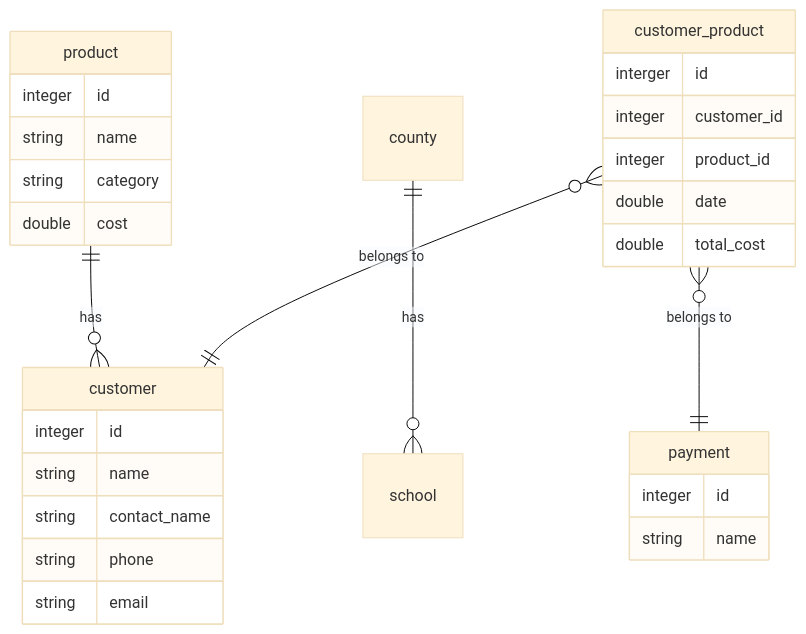
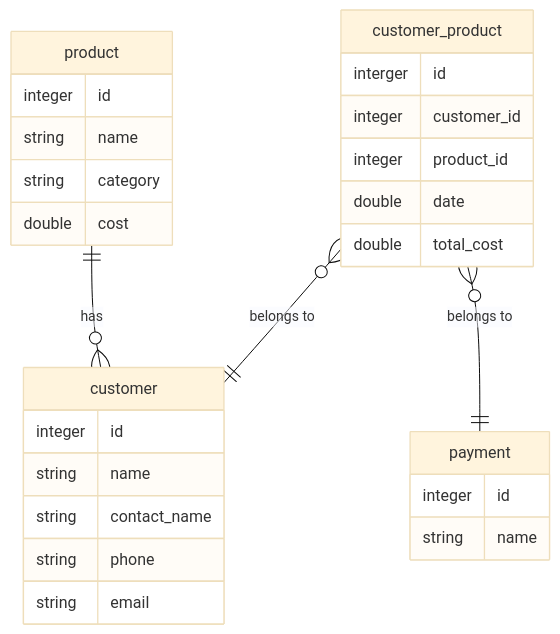
Before and after one commit to kihiukiragu/azani: the diagram in README.md, drawn with Mermaid (base theme). The commit also changed other lines of this file, not shown here.

Commit message:
Update ER diagram in README
Removed the relationship between county and school in the ER diagram.

````diff
--- a/README.md
+++ b/README.md
@@ -5,35 +5,34 @@
 ```mermaid
 erDiagram
 product ||--o{ customer : "has"
-county ||--o{ school : "has"
 customer_product }o--|| customer : "belongs to"
 customer_product }o--|| payment : "belongs to"
 
 product {
     integer id
     string name    
     string category
     double cost
 }
 
 customer {
     integer id
     string name
     string contact_name
     string phone
     string email
 }
 
 payment {
     integer id
     string name
 }
 
 customer_product {
     interger id
     integer customer_id
     integer product_id
     double date
     double total_cost
 }
 ```
````
